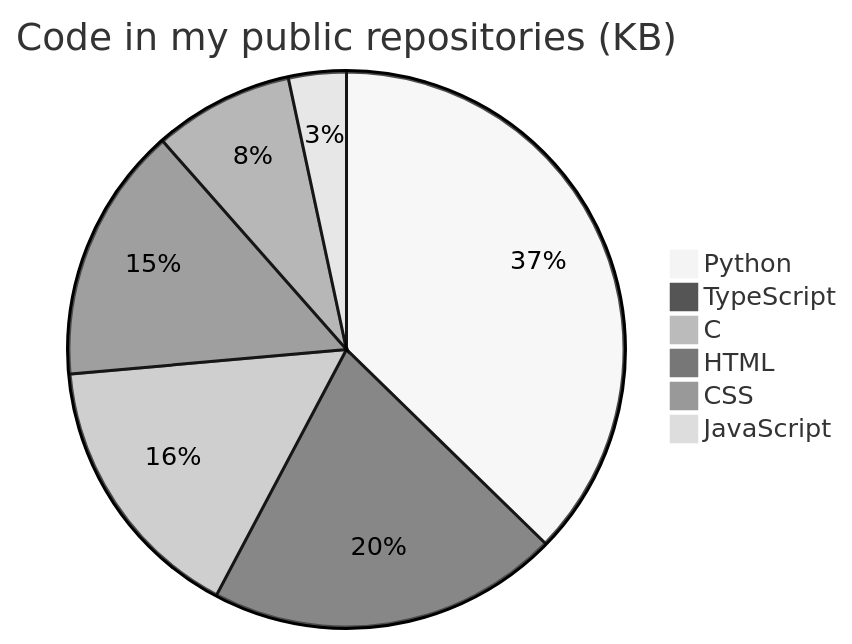
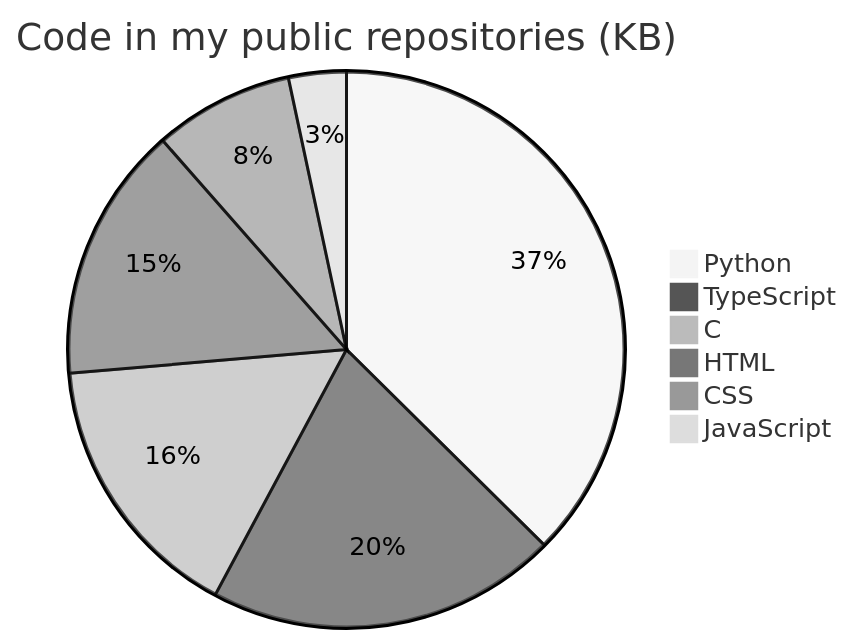
The second of 3 diagrams in README.md (KathFK1234/KathFK1234), drawn with Mermaid (neutral theme) before and after one commit. The commit also changed other lines of this file and 6 other files, not shown here.

````diff
--- a/README.md
+++ b/README.md
@@ -76,9 +101,9 @@
 ```mermaid
 pie title Code in my public repositories (KB)
-    "Python" : 147.6
+    "Python" : 148.3
     "TypeScript" : 80.9
     "C" : 62.7
     "HTML" : 59.0
     "CSS" : 32.2
     "JavaScript" : 13.3
 ```
````
